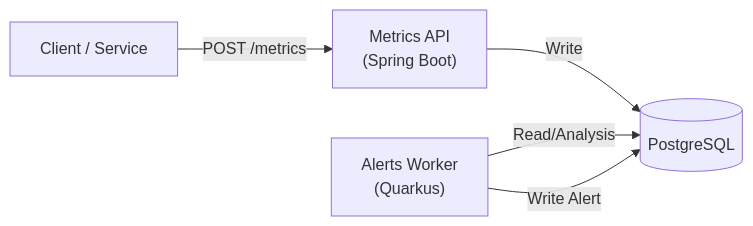
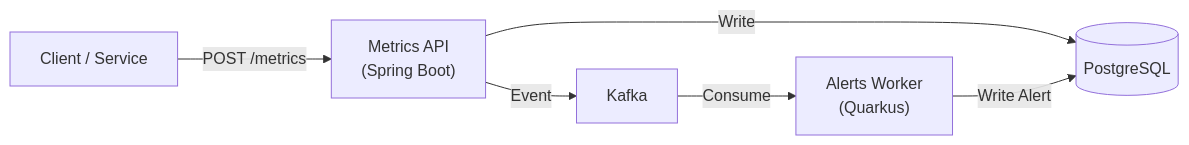
The diagram in README.md (Fawaz-I/metrics-platform), drawn with Mermaid before and after one commit. The commit also changed other lines of this file, not shown here.

Commit message:
docs: update README diagram and description for kafka

````diff
--- a/README.md
+++ b/README.md
@@ -24,7 +24,8 @@
 ```mermaid
 graph LR
     Client[Client / Service] -- POST /metrics --> API["Metrics API<br/>(Spring Boot)"]
     API -- Write --> DB[(PostgreSQL)]
-    Worker["Alerts Worker<br/>(Quarkus)"] -- Read/Analysis --> DB
+    API -- Event --> Kafka
+    Kafka -- Consume --> Worker["Alerts Worker<br/>(Quarkus)"]
     Worker -- Write Alert --> DB
 ```
````
